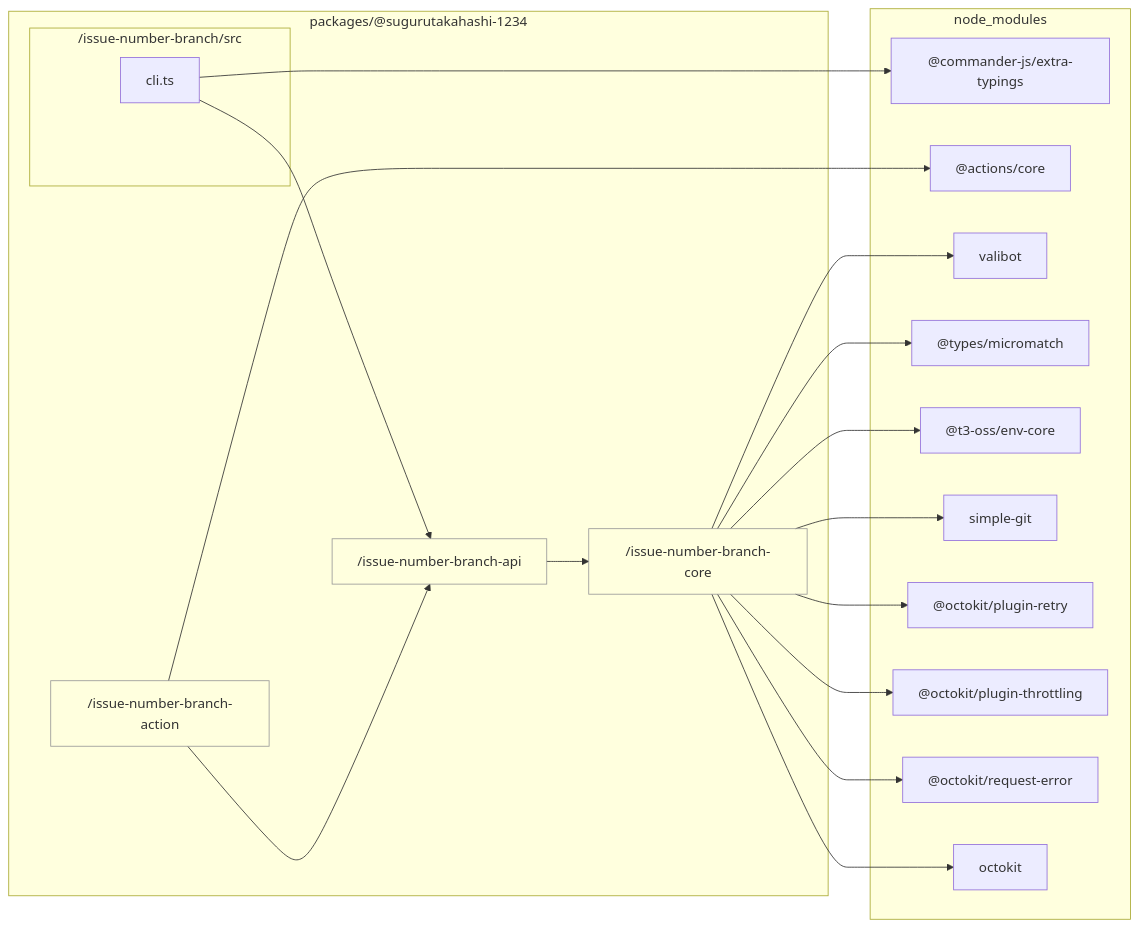
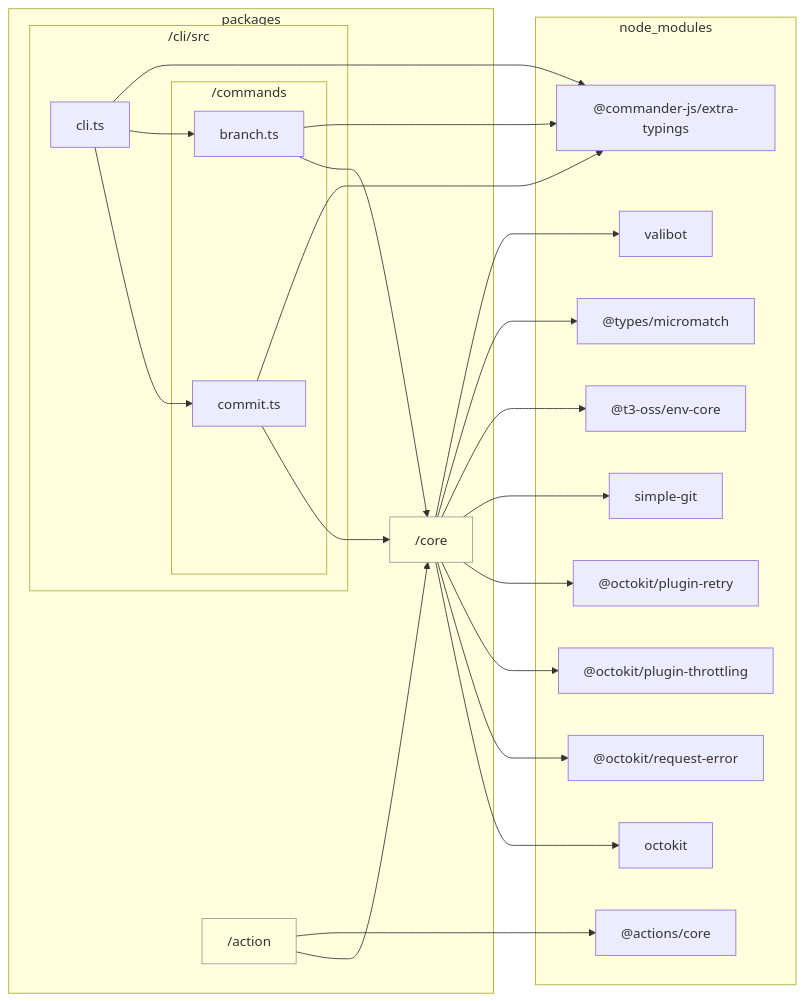
Before and after one commit to sugurutakahashi-1234/issue-linker: the diagram in docs/reports/dependencies/cli.md, drawn with Mermaid. The commit also changed other lines of this file and 60 other files, not shown here.

````diff
--- a/docs/reports/dependencies/cli.md
+++ b/docs/reports/dependencies/cli.md
@@ -7,37 +7,44 @@
 ```mermaid
 flowchart LR
     classDef dir fill:#0000,stroke:#999
-    subgraph packages///sugurutakahashi//1234["packages/@sugurutakahashi-1234"]
-        packages///sugurutakahashi//1234/issue//number//branch//core["/issue-number-branch-core"]:::dir
-        packages///sugurutakahashi//1234/issue//number//branch//api["/issue-number-branch-api"]:::dir
-        packages///sugurutakahashi//1234/issue//number//branch//action["/issue-number-branch-action"]:::dir
-        subgraph packages///sugurutakahashi//1234/issue//number//branch/src["/issue-number-branch/src"]
-            packages///sugurutakahashi//1234/issue//number//branch/src/cli.ts["cli.ts"]
+    subgraph packages["packages"]
+        packages/core["/core"]:::dir
+        packages/action["/action"]:::dir
+        subgraph packages/cli/src["/cli/src"]
+            packages/cli/src/cli.ts["cli.ts"]
+            subgraph packages/cli/src/commands["/commands"]
+                packages/cli/src/commands/branch.ts["branch.ts"]
+                packages/cli/src/commands/commit.ts["commit.ts"]
+            end
         end
     end
     subgraph node//modules["node_modules"]
+        node//modules///actions/core/lib/core.d.ts["@actions/core"]
         node//modules///commander//js/extra//typings/index.d.ts["@commander-js/extra-typings"]
-        node//modules///actions/core/lib/core.d.ts["@actions/core"]
         node//modules/valibot/dist/index.d.cts["valibot"]
         node//modules///types/micromatch/index.d.ts["@types/micromatch"]
         node//modules///t3//oss/env//core/dist/index.d.ts["@t3-oss/env-core"]
         node//modules/simple//git/dist/typings/index.d.ts["simple-git"]
         node//modules///octokit/plugin//retry/dist//types/index.d.ts["@octokit/plugin-retry"]
         node//modules///octokit/plugin//throttling/dist//types/index.d.ts["@octokit/plugin-throttling"]
         node//modules///octokit/request//error/dist//types/index.d.ts["@octokit/request-error"]
         node//modules/octokit/dist//types/index.d.ts["octokit"]
     end
-    packages///sugurutakahashi//1234/issue//number//branch//api-->packages///sugurutakahashi//1234/issue//number//branch//core
-    packages///sugurutakahashi//1234/issue//number//branch/src/cli.ts-->node//modules///commander//js/extra//typings/index.d.ts
-    packages///sugurutakahashi//1234/issue//number//branch/src/cli.ts-->packages///sugurutakahashi//1234/issue//number//branch//api
-    packages///sugurutakahashi//1234/issue//number//branch//action-->node//modules///actions/core/lib/core.d.ts
-    packages///sugurutakahashi//1234/issue//number//branch//action-->packages///sugurutakahashi//1234/issue//number//branch//api
-    packages///sugurutakahashi//1234/issue//number//branch//core-->node//modules/valibot/dist/index.d.cts
-    packages///sugurutakahashi//1234/issue//number//branch//core-->node//modules///types/micromatch/index.d.ts
-    packages///sugurutakahashi//1234/issue//number//branch//core-->node//modules///t3//oss/env//core/dist/index.d.ts
-    packages///sugurutakahashi//1234/issue//number//branch//core-->node//modules/simple//git/dist/typings/index.d.ts
-    packages///sugurutakahashi//1234/issue//number//branch//core-->node//modules///octokit/plugin//retry/dist//types/index.d.ts
-    packages///sugurutakahashi//1234/issue//number//branch//core-->node//modules///octokit/plugin//throttling/dist//types/index.d.ts
-    packages///sugurutakahashi//1234/issue//number//branch//core-->node//modules///octokit/request//error/dist//types/index.d.ts
-    packages///sugurutakahashi//1234/issue//number//branch//core-->node//modules/octokit/dist//types/index.d.ts
+    packages/action-->node//modules///actions/core/lib/core.d.ts
+    packages/action-->packages/core
+    packages/cli/src/commands/branch.ts-->node//modules///commander//js/extra//typings/index.d.ts
+    packages/cli/src/commands/branch.ts-->packages/core
+    packages/cli/src/commands/commit.ts-->node//modules///commander//js/extra//typings/index.d.ts
+    packages/cli/src/commands/commit.ts-->packages/core
+    packages/cli/src/cli.ts-->node//modules///commander//js/extra//typings/index.d.ts
+    packages/cli/src/cli.ts-->packages/cli/src/commands/branch.ts
+    packages/cli/src/cli.ts-->packages/cli/src/commands/commit.ts
+    packages/core-->node//modules/valibot/dist/index.d.cts
+    packages/core-->node//modules///types/micromatch/index.d.ts
+    packages/core-->node//modules///t3//oss/env//core/dist/index.d.ts
+    packages/core-->node//modules/simple//git/dist/typings/index.d.ts
+    packages/core-->node//modules///octokit/plugin//retry/dist//types/index.d.ts
+    packages/core-->node//modules///octokit/plugin//throttling/dist//types/index.d.ts
+    packages/core-->node//modules///octokit/request//error/dist//types/index.d.ts
+    packages/core-->node//modules/octokit/dist//types/index.d.ts
 ```
````
